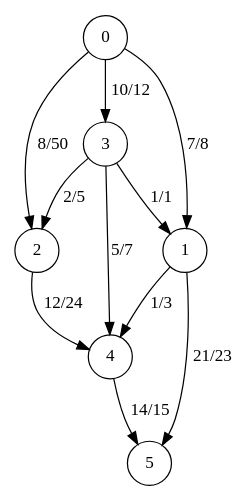
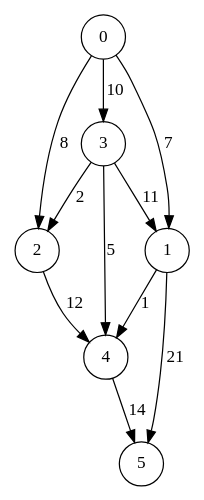
The diagram in fgraph_dot.gv (jb332/ocaml_project), drawn with Graphviz before and after one commit. The commit also changed 5 other files, not shown here.

```diff
--- a/fgraph_dot.gv
+++ b/fgraph_dot.gv
@@ -1,14 +1,14 @@
 digraph finite_state_machine { 
 size="8,5"
 node [shape = circle]; 
-0 -> 2 [ label = "8/50"];
-0 -> 3 [ label = "10/12"];
-0 -> 1 [ label = "7/8"];
-2 -> 4 [ label = "12/24"];
-3 -> 4 [ label = "5/7"];
-3 -> 2 [ label = "2/5"];
-3 -> 1 [ label = "1/1"];
-1 -> 4 [ label = "1/3"];
-1 -> 5 [ label = "21/23"];
-4 -> 5 [ label = "14/15"];
+0 -> 2 [ label = "8"];
+0 -> 3 [ label = "10"];
+0 -> 1 [ label = "7"];
+2 -> 4 [ label = "12"];
+3 -> 4 [ label = "5"];
+3 -> 2 [ label = "2"];
+3 -> 1 [ label = "11"];
+1 -> 4 [ label = "1"];
+1 -> 5 [ label = "21"];
+4 -> 5 [ label = "14"];
 }
```
